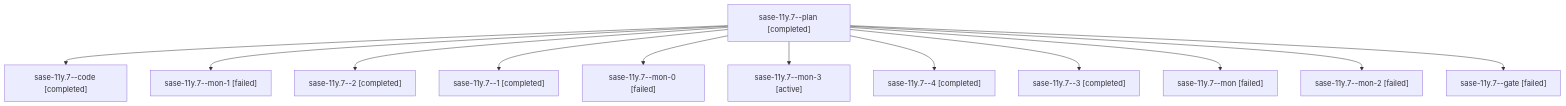
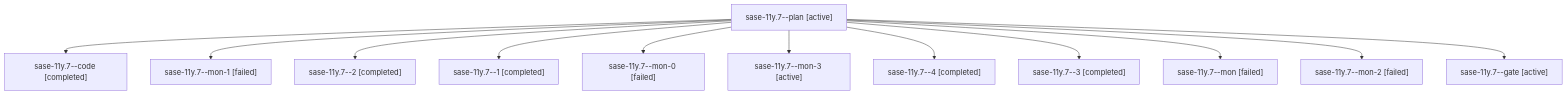
One commit to sase-org/sase--agents changed the diagram in families/bbugyi200.athena.sase-11y.7.md. Above: the diagram before and after it, drawn with Mermaid. The commit also changed other lines of this file and 35830 other files, not shown here.

````diff
--- a/families/bbugyi200.athena.sase-11y.7.md
+++ b/families/bbugyi200.athena.sase-11y.7.md
@@ -9,26 +9,26 @@
 ```mermaid
 flowchart TD
-  n0["sase-11y.7--plan [completed]"]
+  n0["sase-11y.7--plan [active]"]
   n1["sase-11y.7--code [completed]"]
   n0 --> n1
   n2["sase-11y.7--mon-1 [failed]"]
   n0 --> n2
   n3["sase-11y.7--2 [completed]"]
   n0 --> n3
   n4["sase-11y.7--1 [completed]"]
   n0 --> n4
   n5["sase-11y.7--mon-0 [failed]"]
   n0 --> n5
   n6["sase-11y.7--mon-3 [active]"]
   n0 --> n6
   n7["sase-11y.7--4 [completed]"]
   n0 --> n7
   n8["sase-11y.7--3 [completed]"]
   n0 --> n8
   n9["sase-11y.7--mon [failed]"]
   n0 --> n9
   n10["sase-11y.7--mon-2 [failed]"]
   n0 --> n10
-  n11["sase-11y.7--gate [failed]"]
+  n11["sase-11y.7--gate [active]"]
   n0 --> n11
 ```
````
